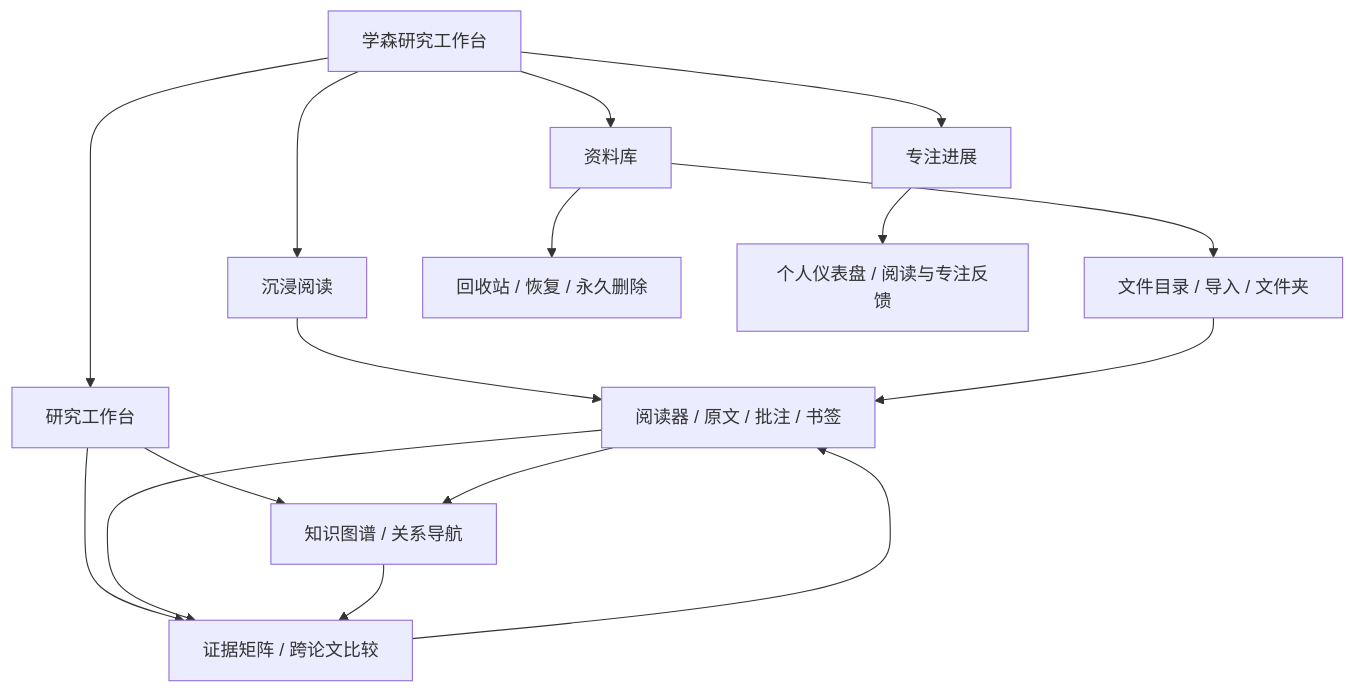
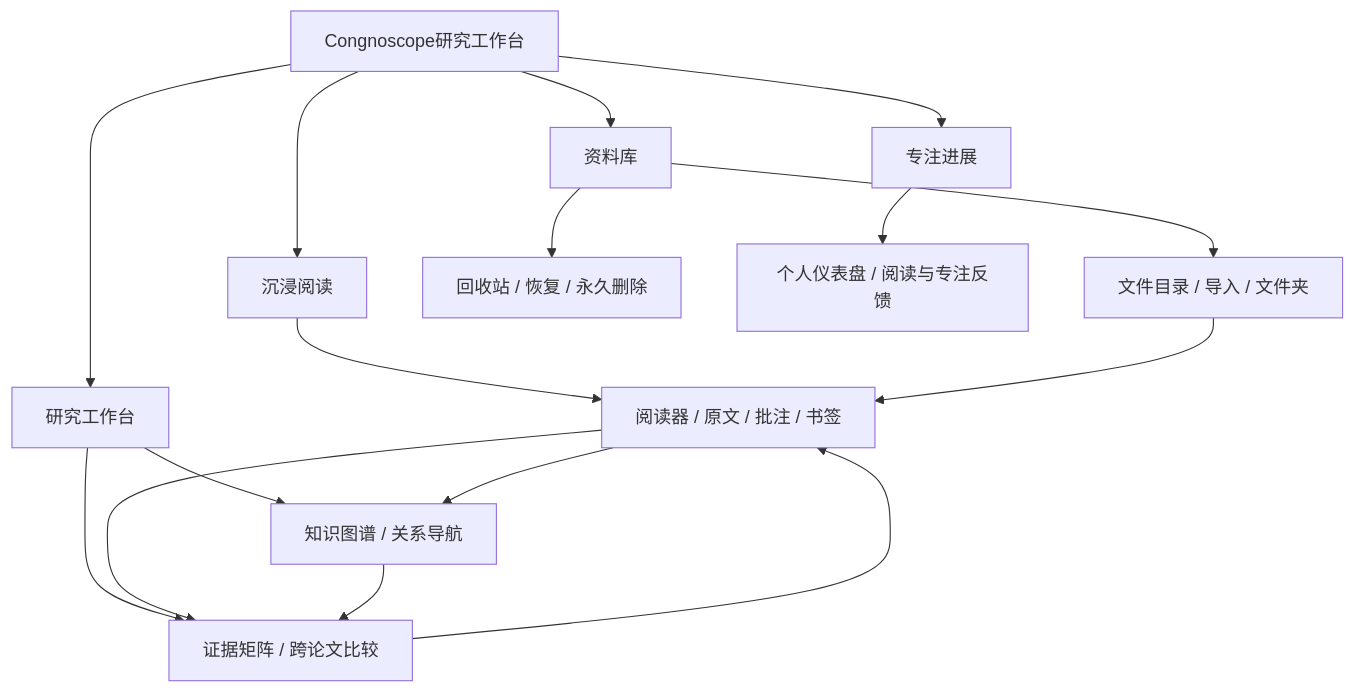
One commit to XXY-CH/Cognoscope changed the diagram in docs/plans/2026-08-02-004-ui-system-UI-SPEC.md. Above: the diagram before and after it, drawn with Mermaid. The commit also changed other lines of this file and 44 other files, not shown here.

````diff
--- a/docs/plans/2026-08-02-004-ui-system-UI-SPEC.md
+++ b/docs/plans/2026-08-02-004-ui-system-UI-SPEC.md
@@ -39,18 +39,18 @@
 ```mermaid
 flowchart TD
-  X["学森研究工作台"] --> L["资料库"]
+  X["Congnoscope研究工作台"] --> L["资料库"]
   X --> R["研究工作台"]
   X --> F["专注进展"]
   X --> RE["沉浸阅读"]
   L --> LIB["文件目录 / 导入 / 文件夹"]
   L --> TR["回收站 / 恢复 / 永久删除"]
   R --> KG["知识图谱 / 关系导航"]
   R --> EM["证据矩阵 / 跨论文比较"]
   F --> DB["个人仪表盘 / 阅读与专注反馈"]
   RE --> RD["阅读器 / 原文 / 批注 / 书签"]
   LIB --> RD
   RD --> KG
   RD --> EM
   KG --> EM
   EM --> RD
 ```
````
